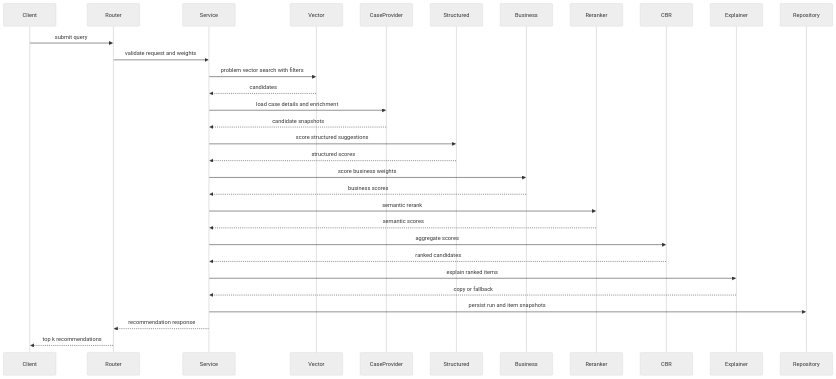
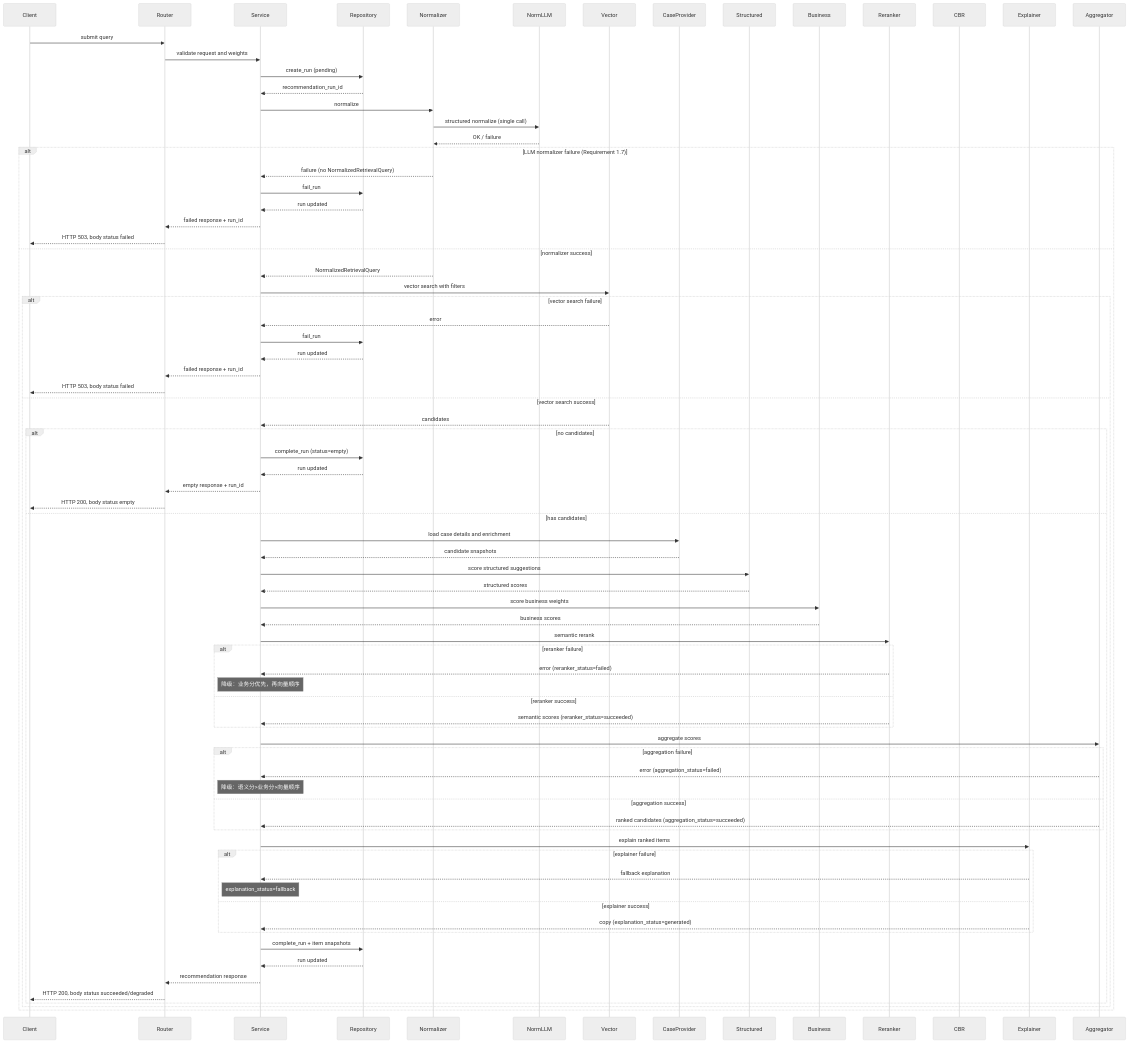
One commit to aierdong/a3-cbr changed the second of 5 diagrams in .kiro/specs/cbr-retrieval-recommendation/design.md. Above: the diagram before and after it, drawn with Mermaid (neutral theme). The commit also changed other lines of this file and 41 other files, not shown here.

````diff
--- a/.kiro/specs/cbr-retrieval-recommendation/design.md
+++ b/.kiro/specs/cbr-retrieval-recommendation/design.md
@@ -165,33 +245,80 @@
 ```mermaid
 sequenceDiagram
     participant Client
     participant Router
     participant Service
+    participant Repository
+    participant Normalizer
+    participant NormLLM
     participant Vector
     participant CaseProvider
     participant Structured
     participant Business
     participant Reranker
     participant CBR
     participant Explainer
-    participant Repository
     Client->>Router: submit query
     Router->>Service: validate request and weights
-    Service->>Vector: problem vector search with filters
-    Vector-->>Service: candidates
-    Service->>CaseProvider: load case details and enrichment
-    CaseProvider-->>Service: candidate snapshots
-    Service->>Structured: score structured suggestions
-    Structured-->>Service: structured scores
-    Service->>Business: score business weights
-    Business-->>Service: business scores
-    Service->>Reranker: semantic rerank
-    Reranker-->>Service: semantic scores
-    Service->>CBR: aggregate scores
-    CBR-->>Service: ranked candidates
-    Service->>Explainer: explain ranked items
-    Explainer-->>Service: copy or fallback
-    Service->>Repository: persist run and item snapshots
-    Service-->>Router: recommendation response
-    Router-->>Client: top k recommendations
+    Service->>Repository: create_run (pending)
+    Repository-->>Service: recommendation_run_id
+    Service->>Normalizer: normalize
+    Normalizer->>NormLLM: structured normalize (single call)
+    NormLLM-->>Normalizer: OK / failure
+    alt LLM normalizer failure (Requirement 1.7)
+        Normalizer-->>Service: failure (no NormalizedRetrievalQuery)
+        Service->>Repository: fail_run
+        Repository-->>Service: run updated
+        Service-->>Router: failed response + run_id
+        Router-->>Client: HTTP 503, body status failed
+    else normalizer success
+        Normalizer-->>Service: NormalizedRetrievalQuery
+        Service->>Vector: vector search with filters
+        alt vector search failure
+            Vector-->>Service: error
+            Service->>Repository: fail_run
+            Repository-->>Service: run updated
+            Service-->>Router: failed response + run_id
+            Router-->>Client: HTTP 503, body status failed
+        else vector search success
+            Vector-->>Service: candidates
+            alt no candidates
+                Service->>Repository: complete_run (status=empty)
+                Repository-->>Service: run updated
+                Service-->>Router: empty response + run_id
+                Router-->>Client: HTTP 200, body status empty
+            else has candidates
+                Service->>CaseProvider: load case details and enrichment
+                CaseProvider-->>Service: candidate snapshots
+                Service->>Structured: score structured suggestions
+                Structured-->>Service: structured scores
+                Service->>Business: score business weights
+                Business-->>Service: business scores
+                Service->>Reranker: semantic rerank
+                alt reranker failure
+                    Reranker-->>Service: error (reranker_status=failed)
+                    Note over Service: 降级：业务分优先，再向量顺序
+                else reranker success
+                    Reranker-->>Service: semantic scores (reranker_status=succeeded)
+                end
+                Service->>Aggregator: aggregate scores
+                alt aggregation failure
+                    Aggregator-->>Service: error (aggregation_status=failed)
+                    Note over Service: 降级：语义分>业务分>向量顺序
+                else aggregation success
+                    Aggregator-->>Service: ranked candidates (aggregation_status=succeeded)
+                end
+                Service->>Explainer: explain ranked items
+                alt explainer failure
+                    Explainer-->>Service: fallback explanation
+                    Note over Service: explanation_status=fallback
+                else explainer success
+                    Explainer-->>Service: copy (explanation_status=generated)
+                end
+                Service->>Repository: complete_run + item snapshots
+                Repository-->>Service: run updated
+                Service-->>Router: recommendation response
+                Router-->>Client: HTTP 200, body status succeeded/degraded
+            end
+        end
+    end
 ```
````
